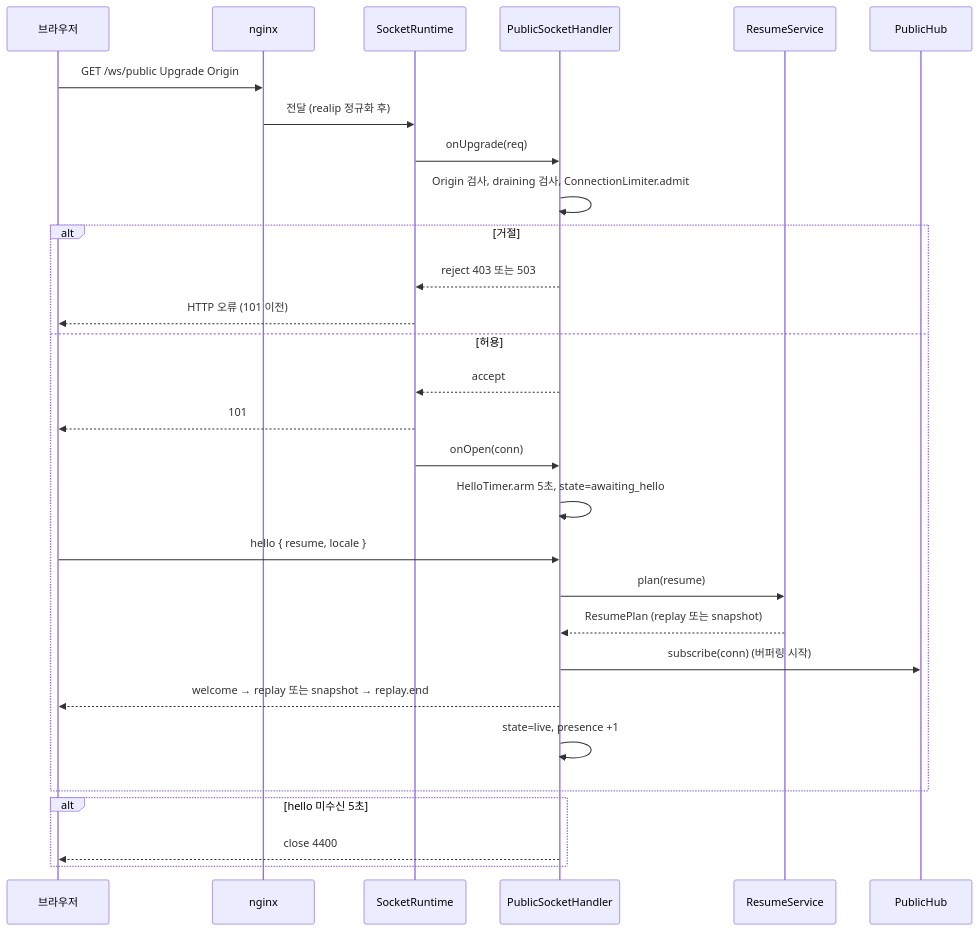
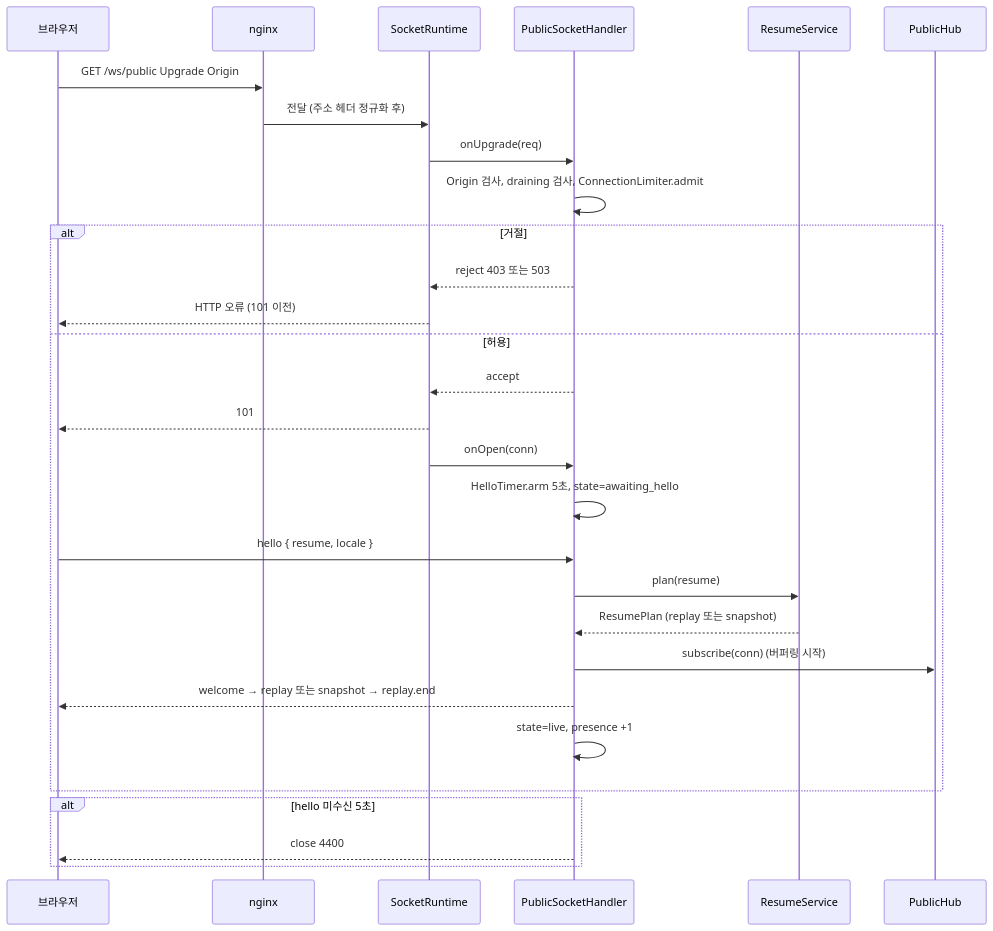
Before and after one commit to 1985jwlee/portpolio_backend: diagram 13 of 53 in docs/design/features/14-realtime.md, drawn with Mermaid. The commit also changed 50 other files, not shown here.

````diff
--- a/docs/design/features/14-realtime.md
+++ b/docs/design/features/14-realtime.md
@@ -741,31 +741,31 @@
 ```mermaid
 sequenceDiagram
     participant C as 브라우저
     participant X as nginx
     participant R as SocketRuntime
     participant H as PublicSocketHandler
     participant S as ResumeService
     participant U as PublicHub
     C->>X: GET /ws/public Upgrade Origin
-    X->>R: 전달 (realip 정규화 후)
+    X->>R: 전달 (주소 헤더 정규화 후)
     R->>H: onUpgrade(req)
     H->>H: Origin 검사, draining 검사, ConnectionLimiter.admit
     alt 거절
         H-->>R: reject 403 또는 503
         R-->>C: HTTP 오류 (101 이전)
     else 허용
         H-->>R: accept
         R-->>C: 101
         R->>H: onOpen(conn)
         H->>H: HelloTimer.arm 5초, state=awaiting_hello
         C->>H: hello { resume, locale }
         H->>S: plan(resume)
         S-->>H: ResumePlan (replay 또는 snapshot)
         H->>U: subscribe(conn) (버퍼링 시작)
         H-->>C: welcome → replay 또는 snapshot → replay.end
         H->>H: state=live, presence +1
     end
     alt hello 미수신 5초
         H-->>C: close 4400
     end
 ```
````
